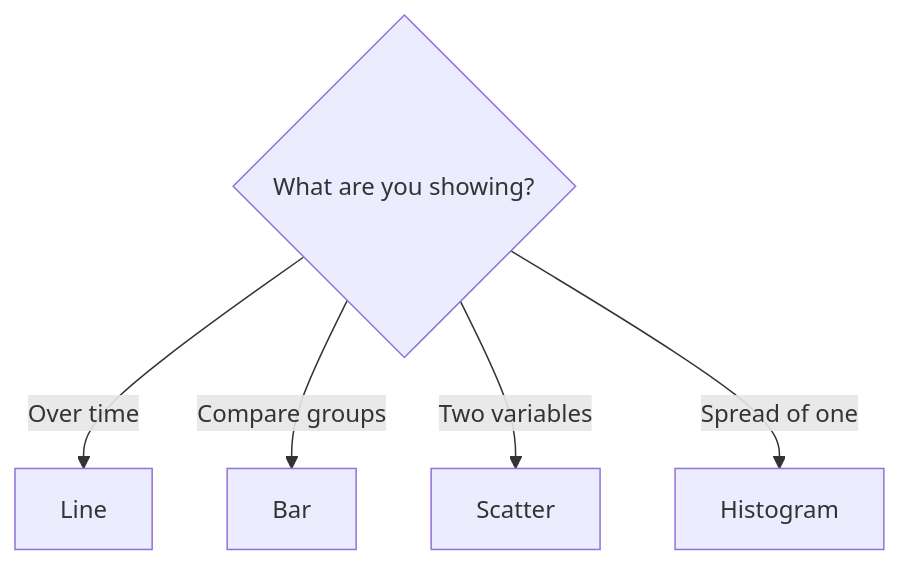
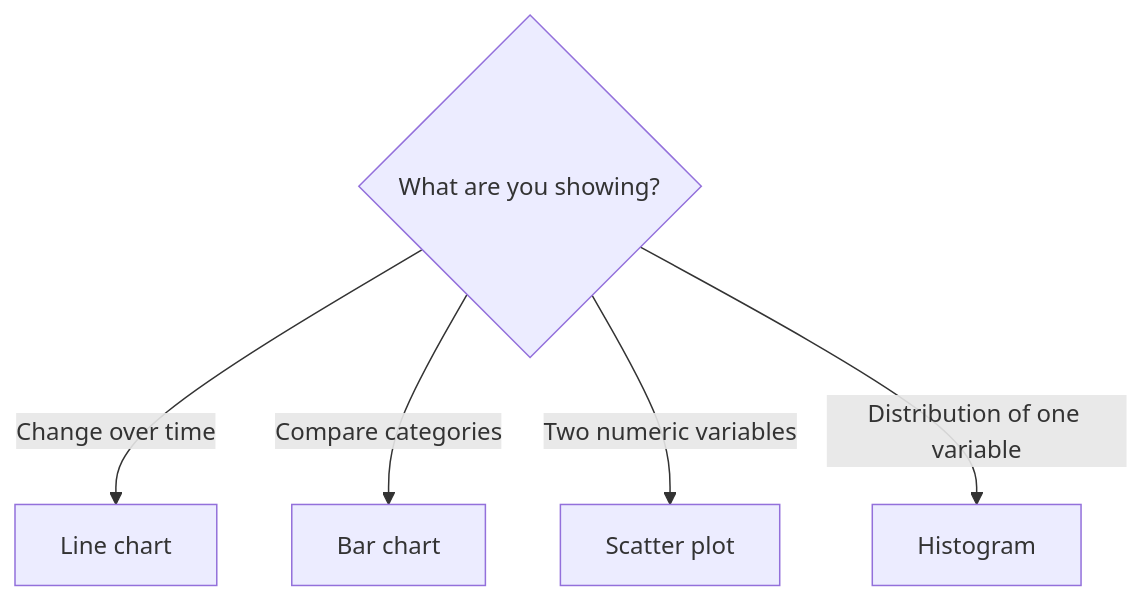
Before and after one commit to ritzrmx/Masai_Curriculum: the second of 3 diagrams in IITP_AIML_Regional/IITP-AIMLT-2606/Module 1- Foundations of Data/Session 12- Data Visualization/pre-read: Data Visualization.md, drawn with Mermaid. The commit also changed other lines of this file and 38 other files, not shown here.

````diff
--- a/IITP_AIML_Regional/IITP-AIMLT-2606/Module 1- Foundations of Data/Session 12- Data Visualization/pre-read: Data Visualization.md
+++ b/IITP_AIML_Regional/IITP-AIMLT-2606/Module 1- Foundations of Data/Session 12- Data Visualization/pre-read: Data Visualization.md
@@ -72,8 +93,8 @@
 ```mermaid
 flowchart TD
     Q{What are you showing?}
-    Q -->|Over time| L[Line]
-    Q -->|Compare groups| B[Bar]
-    Q -->|Two variables| S[Scatter]
-    Q -->|Spread of one| H[Histogram]
+    Q -->|Change over time| L[Line chart]
+    Q -->|Compare categories| B[Bar chart]
+    Q -->|Two numeric variables| S[Scatter plot]
+    Q -->|Distribution of one variable| H[Histogram]
 ```
````
